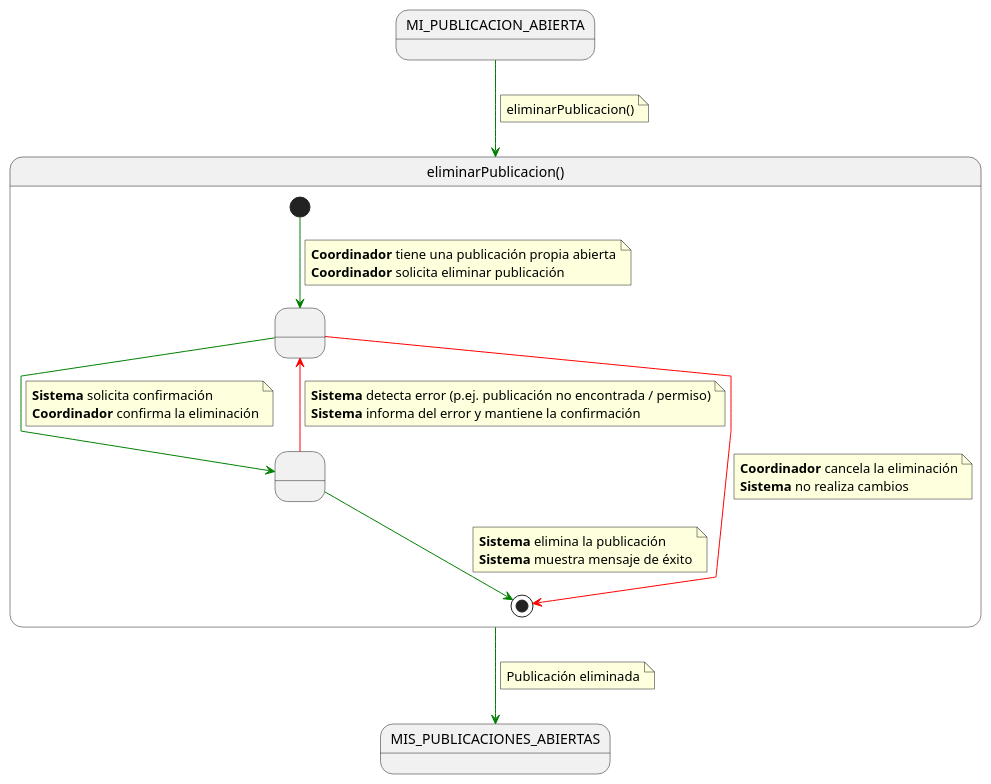
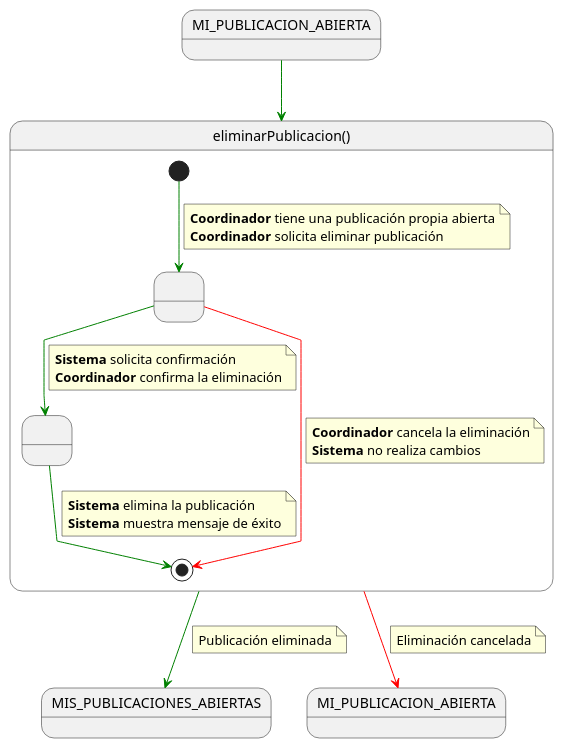
The diagram in documents/casosDeUso/detalle/coordinador/08-mis-publicaciones/eliminarPublicacion/eliminarPublicacion.puml (31Diego/25-26-IdSw1-SdR), drawn with PlantUML before and after one commit. The commit also changed 69 other files, not shown here.

```diff
--- a/documents/casosDeUso/detalle/coordinador/08-mis-publicaciones/eliminarPublicacion/eliminarPublicacion.puml
+++ b/documents/casosDeUso/detalle/coordinador/08-mis-publicaciones/eliminarPublicacion/eliminarPublicacion.puml
@@ -1,50 +1,47 @@
 @startuml eliminarPublicacion
 skinparam linetype polyline
+
+state in1 as "MI_PUBLICACION_ABIERTA"
+in1 -[#green]-> eliminarPublicacion
 
 state eliminarPublicacion as "eliminarPublicacion()" {
 
     state " " as ConfirmandoEliminacion
     state " " as Eliminando
 
     [*] -[#green]-> ConfirmandoEliminacion
     note on link
     <b>Coordinador</b> tiene una publicación propia abierta
     <b>Coordinador</b> solicita eliminar publicación
     end note
 
     ConfirmandoEliminacion -[#green]-> Eliminando
     note on link
     <b>Sistema</b> solicita confirmación
     <b>Coordinador</b> confirma la eliminación
     end note
 
     Eliminando -[#green]-> [*]
     note on link
     <b>Sistema</b> elimina la publicación
     <b>Sistema</b> muestra mensaje de éxito
     end note
 
     ConfirmandoEliminacion -[#red]-> [*]
     note on link
     <b>Coordinador</b> cancela la eliminación
     <b>Sistema</b> no realiza cambios
     end note
-
-    Eliminando -[#red]-> ConfirmandoEliminacion
-    note on link
-    <b>Sistema</b> detecta error (p.ej. publicación no encontrada / permiso)
-    <b>Sistema</b> informa del error y mantiene la confirmación
-    end note
 }
-
-MI_PUBLICACION_ABIERTA -[#green]-> eliminarPublicacion
-note on link
-eliminarPublicacion()
-end note
 
 eliminarPublicacion -[#green]-> MIS_PUBLICACIONES_ABIERTAS
 note on link
 Publicación eliminada
 end note
 
+eliminarPublicacion -[#red]-> MI_PUBLICACION_ABIERTA
+note on link
+Eliminación cancelada
+end note
+
 @enduml
```
